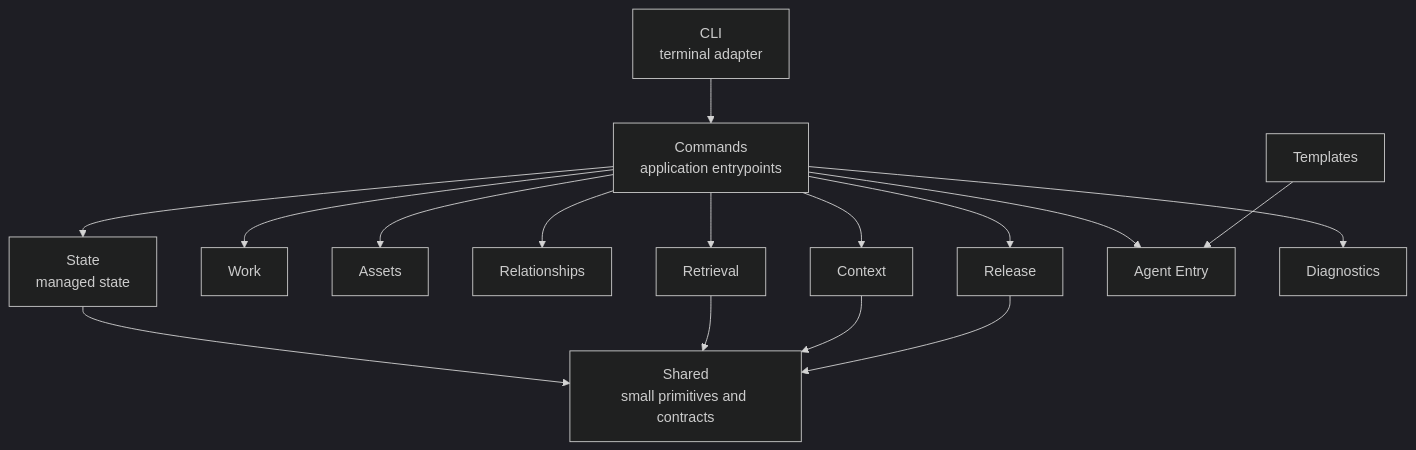
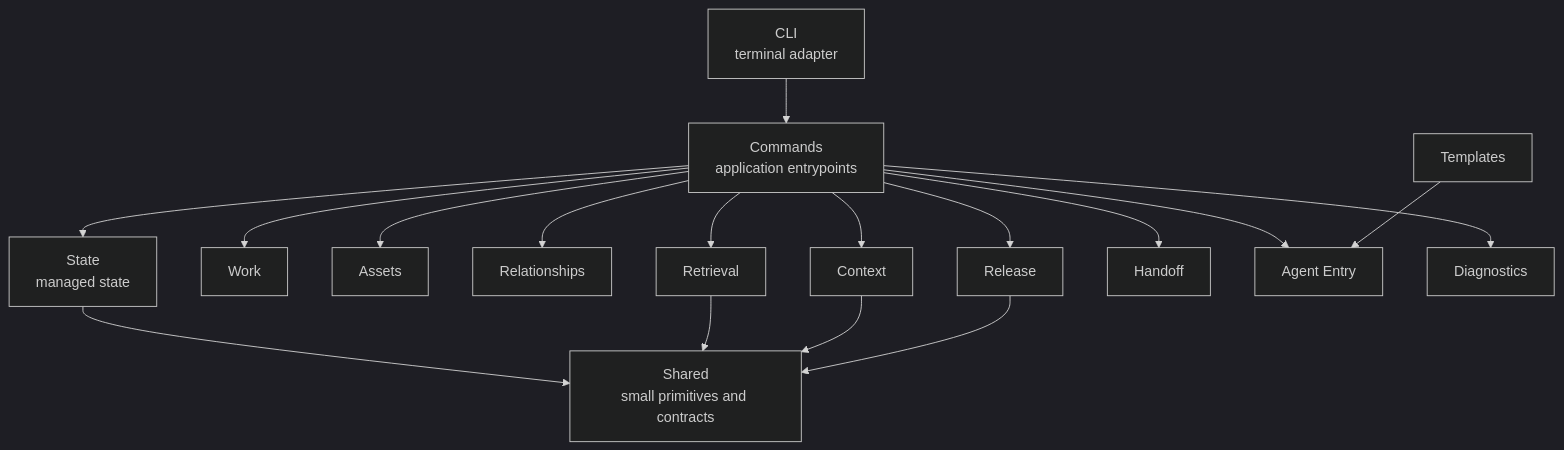
The second of 6 diagrams in docs/architecture-map.md (ai-workroot/ai-workroot), drawn with Mermaid (dark theme) before and after one commit. The commit also changed other lines of this file and 54 other files, not shown here.

Commit message:
refactor: finalize architecture review cleanup

````diff
--- a/docs/architecture-map.md
+++ b/docs/architecture-map.md
@@ -38,18 +38,19 @@
 ```mermaid
 flowchart TB
   CLI[CLI<br/>terminal adapter] --> Commands[Commands<br/>application entrypoints]
   Commands --> State[State<br/>managed state]
   Commands --> Work[Work]
   Commands --> Assets[Assets]
   Commands --> Relationships[Relationships]
   Commands --> Retrieval[Retrieval]
   Commands --> Context[Context]
   Commands --> Release[Release]
+  Commands --> Handoff[Handoff]
   Commands --> AgentEntry[Agent Entry]
   Commands --> Diagnostics[Diagnostics]
   State --> Shared[Shared<br/>small primitives and contracts]
   Retrieval --> Shared
   Context --> Shared
   Release --> Shared
   Templates[Templates] --> AgentEntry
 ```
````
